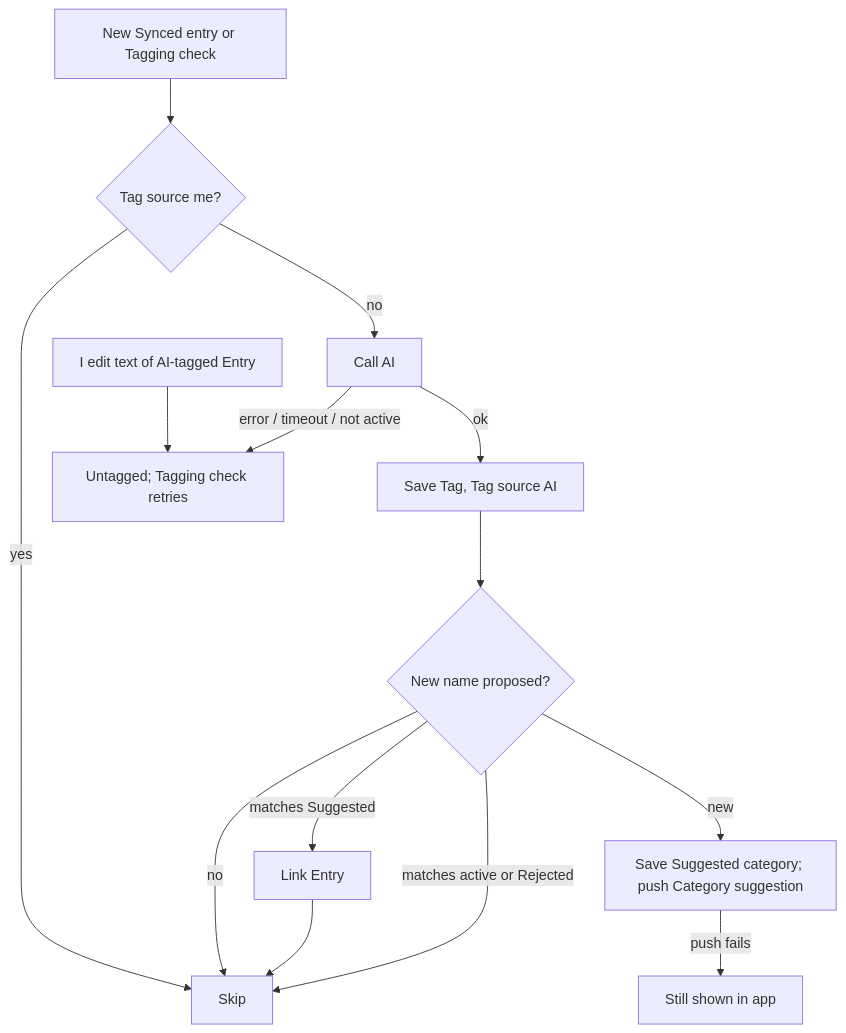
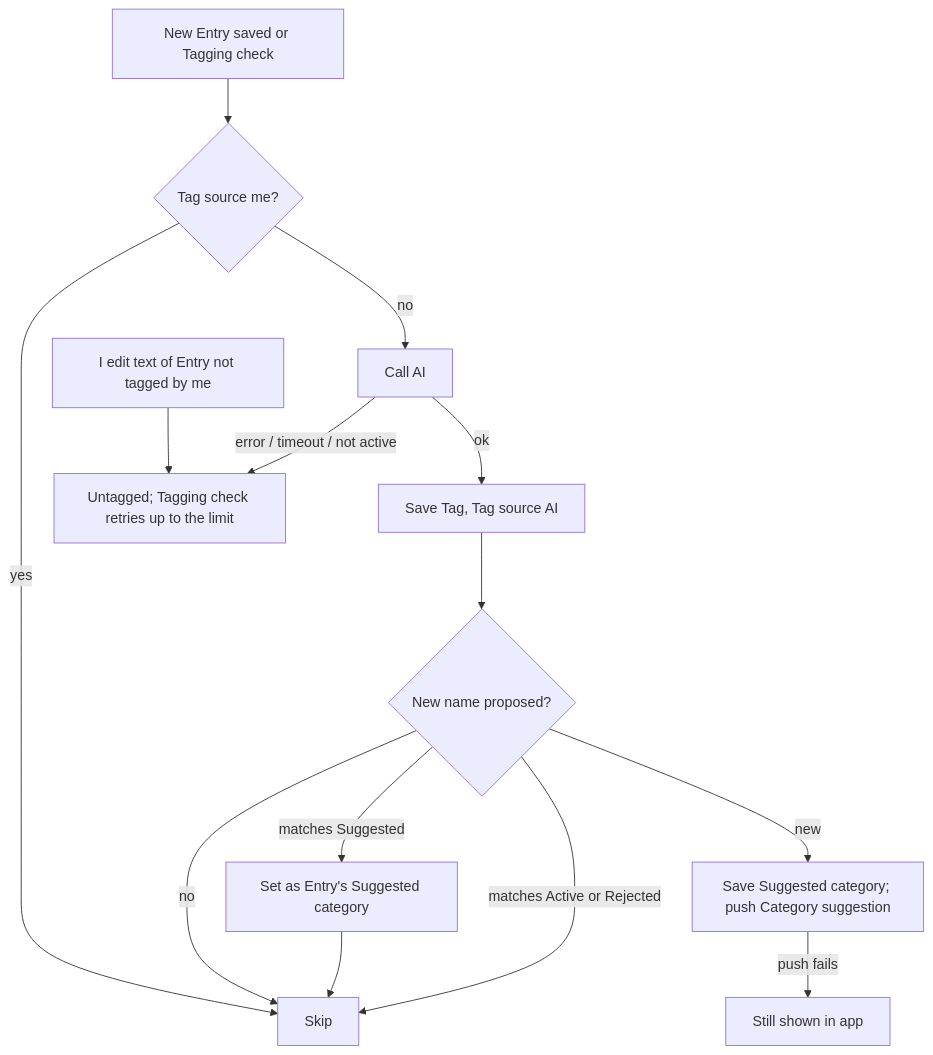
The third of 6 diagrams in docs/design/2026-11-06-mvp/02-requirements.md (bachtly/daily-kaizen), drawn with Mermaid before and after one commit. The commit also changed other lines of this file and 6 other files, not shown here.

````diff
--- a/docs/design/2026-11-06-mvp/02-requirements.md
+++ b/docs/design/2026-11-06-mvp/02-requirements.md
@@ -153,15 +139,15 @@
 ```mermaid
 flowchart TD
-  N[New Synced entry or Tagging check] --> M{Tag source me?}
+  N[New Entry saved or Tagging check] --> M{Tag source me?}
   M -- yes --> END[Skip]
   M -- no --> AI[Call AI]
-  AI -- error / timeout / not active --> UT[Untagged; Tagging check retries]
+  AI -- error / timeout / not active --> UT[Untagged; Tagging check retries up to the limit]
   AI -- ok --> SV[Save Tag, Tag source AI]
   SV --> SG{New name proposed?}
   SG -- no --> END
-  SG -- matches Suggested --> LK[Link Entry] --> END
-  SG -- matches active or Rejected --> END
+  SG -- matches Suggested --> LK[Set as Entry's Suggested category] --> END
+  SG -- matches Active or Rejected --> END
   SG -- new --> SC[Save Suggested category; push Category suggestion]
   SC -- push fails --> SC2[Still shown in app]
-  ET[I edit text of AI-tagged Entry] --> UT
+  ET[I edit text of Entry not tagged by me] --> UT
 ```
````
